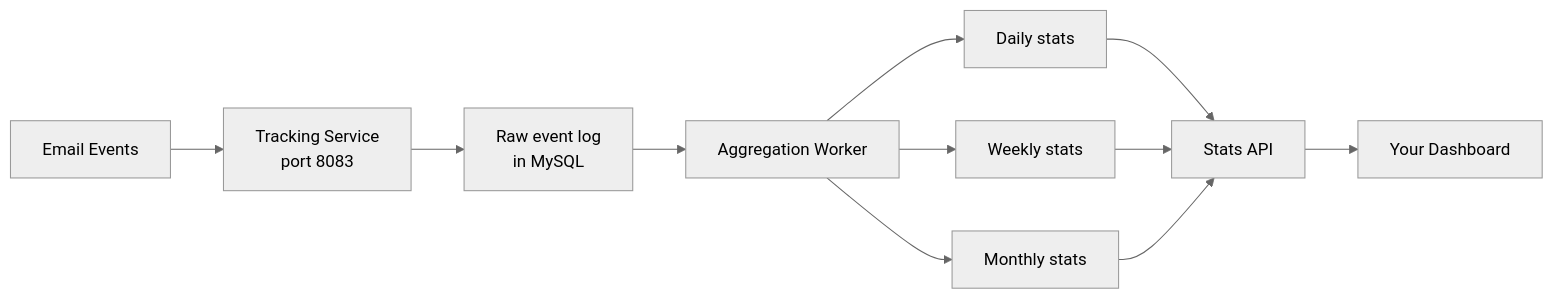
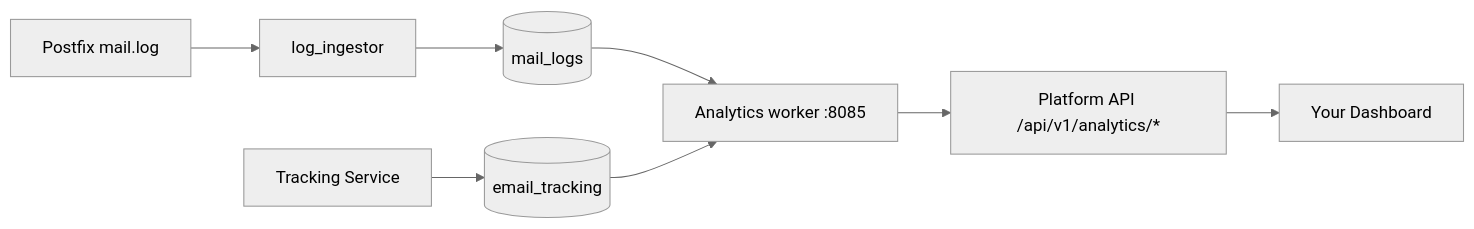
Before and after one commit to Techies-Africa/mailyte-mail-server-community: the diagram in docs/features/analytics.md, drawn with Mermaid (neutral theme). The commit also changed other lines of this file and 481 other files, not shown here.

````diff
--- a/docs/features/analytics.md
+++ b/docs/features/analytics.md
@@ -12,11 +14,9 @@
 ```mermaid
 flowchart LR
-    A[Email Events] --> B[Tracking Service\nport 8083]
-    B --> C[Raw event log\nin MySQL]
-    C --> D[Aggregation Worker]
-    D --> E[Daily stats]
-    D --> F[Weekly stats]
-    D --> G[Monthly stats]
-    E & F & G --> H[Stats API]
-    H --> I[Your Dashboard]
+    A[Postfix mail.log] --> B[log_ingestor]
+    B --> C[(mail_logs)]
+    D[Tracking Service] --> E[(email_tracking)]
+    C & E --> F[Analytics worker :8085]
+    F --> G["Platform API /api/v1/analytics/*"]
+    G --> H[Your Dashboard]
 ```
````
